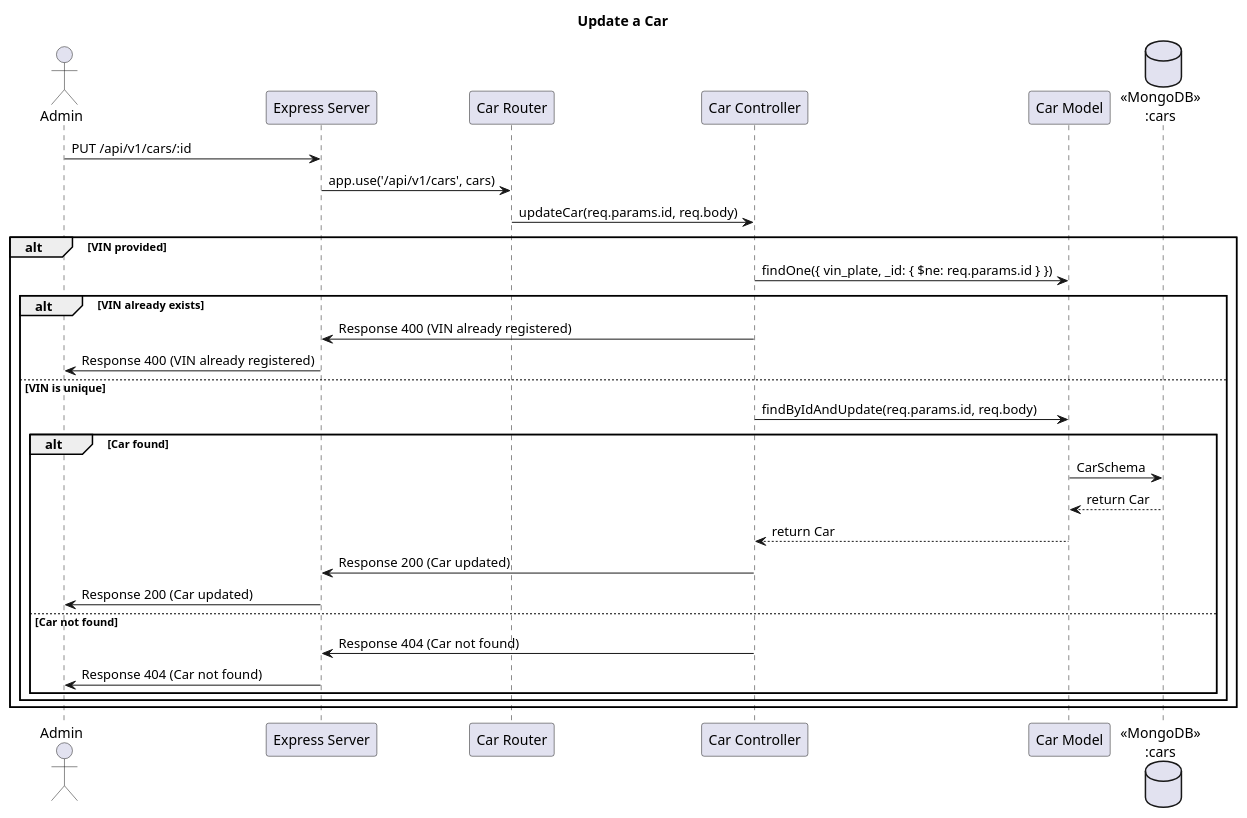
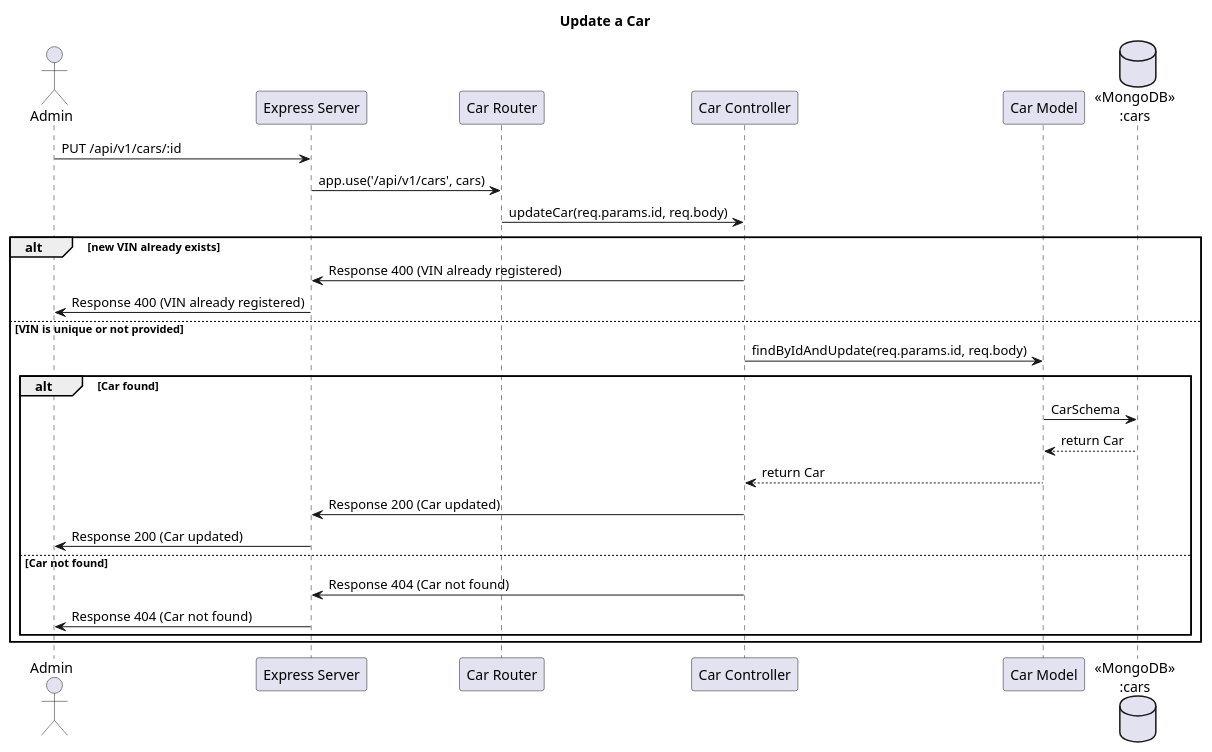
One commit to 2110503-2564/se-project-backend-23_arm-speedbus changed the diagram in UML/carUpdate.puml. Above: the diagram before and after it, drawn with PlantUML. The commit also changed 1 other file, not shown here.

Commit message:
provider/car update

```diff
--- a/UML/carUpdate.puml
+++ b/UML/carUpdate.puml
@@ -1,33 +1,30 @@
 @startuml
 title Update a Car
 
 actor Admin
 participant "Express Server" as Server
 participant "Car Router" as Router
 participant "Car Controller" as Controller
 participant "Car Model" as Model
 database "«MongoDB»\n:cars" as Database
 
 Admin -> Server: PUT /api/v1/cars/:id
 Server -> Router: app.use('/api/v1/cars', cars)
 Router -> Controller: updateCar(req.params.id, req.body)
-alt VIN provided
-    Controller -> Model: findOne({ vin_plate, _id: { $ne: req.params.id } })
-    alt VIN already exists
-        Controller -> Server: Response 400 (VIN already registered)
-        Server -> Admin: Response 400 (VIN already registered)
-    else VIN is unique
-        Controller -> Model: findByIdAndUpdate(req.params.id, req.body)
-        alt Car found
-            Model -> Database: CarSchema
-            Database --> Model: return Car
-            Model --> Controller: return Car
-            Controller -> Server: Response 200 (Car updated)
-            Server -> Admin: Response 200 (Car updated)
-        else Car not found
-            Controller -> Server: Response 404 (Car not found)
-            Server -> Admin: Response 404 (Car not found)
-        end
+alt new VIN already exists
+    Controller -> Server: Response 400 (VIN already registered)
+    Server -> Admin: Response 400 (VIN already registered)
+else VIN is unique or not provided
+    Controller -> Model: findByIdAndUpdate(req.params.id, req.body)
+    alt Car found
+        Model -> Database: CarSchema
+        Database --> Model: return Car
+        Model --> Controller: return Car
+        Controller -> Server: Response 200 (Car updated)
+        Server -> Admin: Response 200 (Car updated)
+    else Car not found
+        Controller -> Server: Response 404 (Car not found)
+        Server -> Admin: Response 404 (Car not found)
     end
 end
 @endUML
```
